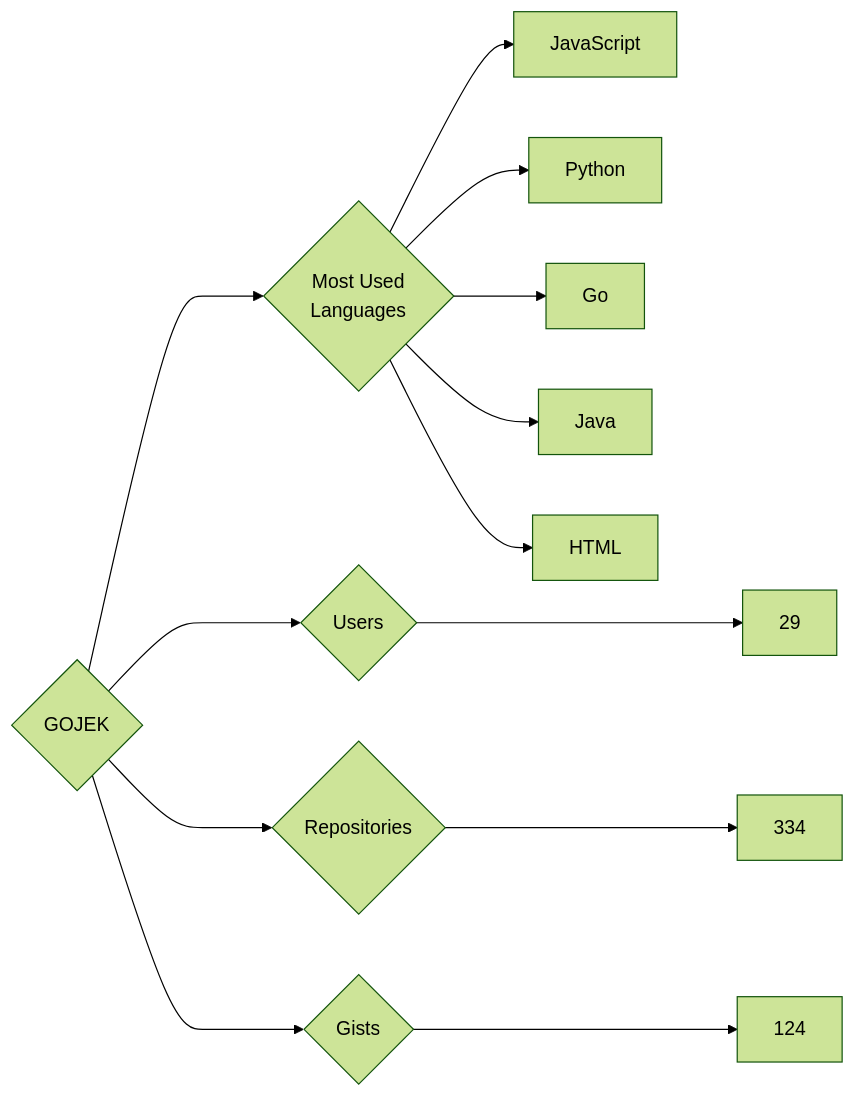
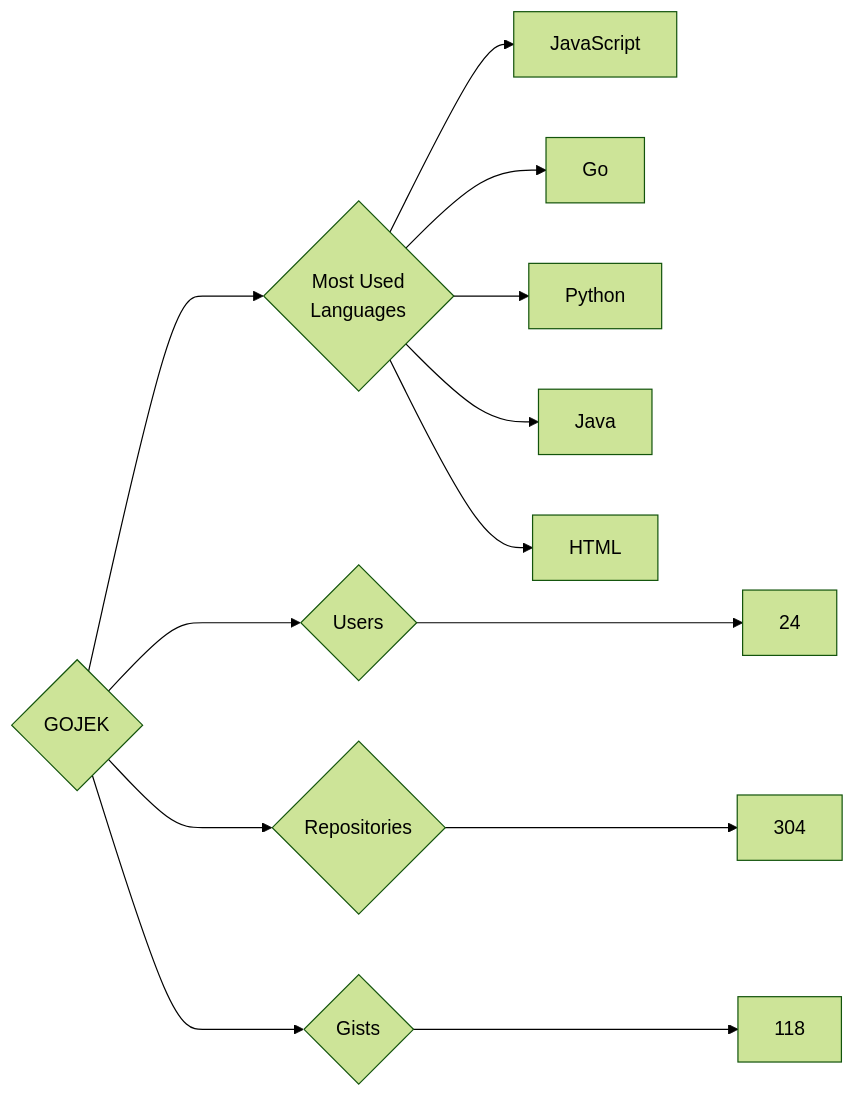
Before and after one commit to trickest/insiders: the diagram in targets/GOJEK/README.md, drawn with Mermaid (forest theme). The commit also changed 693 other files, not shown here.

````diff
--- a/targets/GOJEK/README.md
+++ b/targets/GOJEK/README.md
@@ -3,13 +3,13 @@
 ```mermaid
 graph LR
 COMPANY_NAME{GOJEK}
-COMPANY_NAME ---> U{Users} ---> UN[29]
-COMPANY_NAME ---> R{Repositories} ---> RN[334]
-COMPANY_NAME ---> G{Gists} ---> GN[124]
+COMPANY_NAME ---> U{Users} ---> UN[24]
+COMPANY_NAME ---> R{Repositories} ---> RN[304]
+COMPANY_NAME ---> G{Gists} ---> GN[118]
 COMPANY_NAME ---> ML{Most Used<br>Languages}
 ML --> JavaScript[JavaScript]
+ML --> Go[Go]
 ML --> Python[Python]
-ML --> Go[Go]
 ML --> Java[Java]
 ML --> HTML[HTML]
 ```
````
